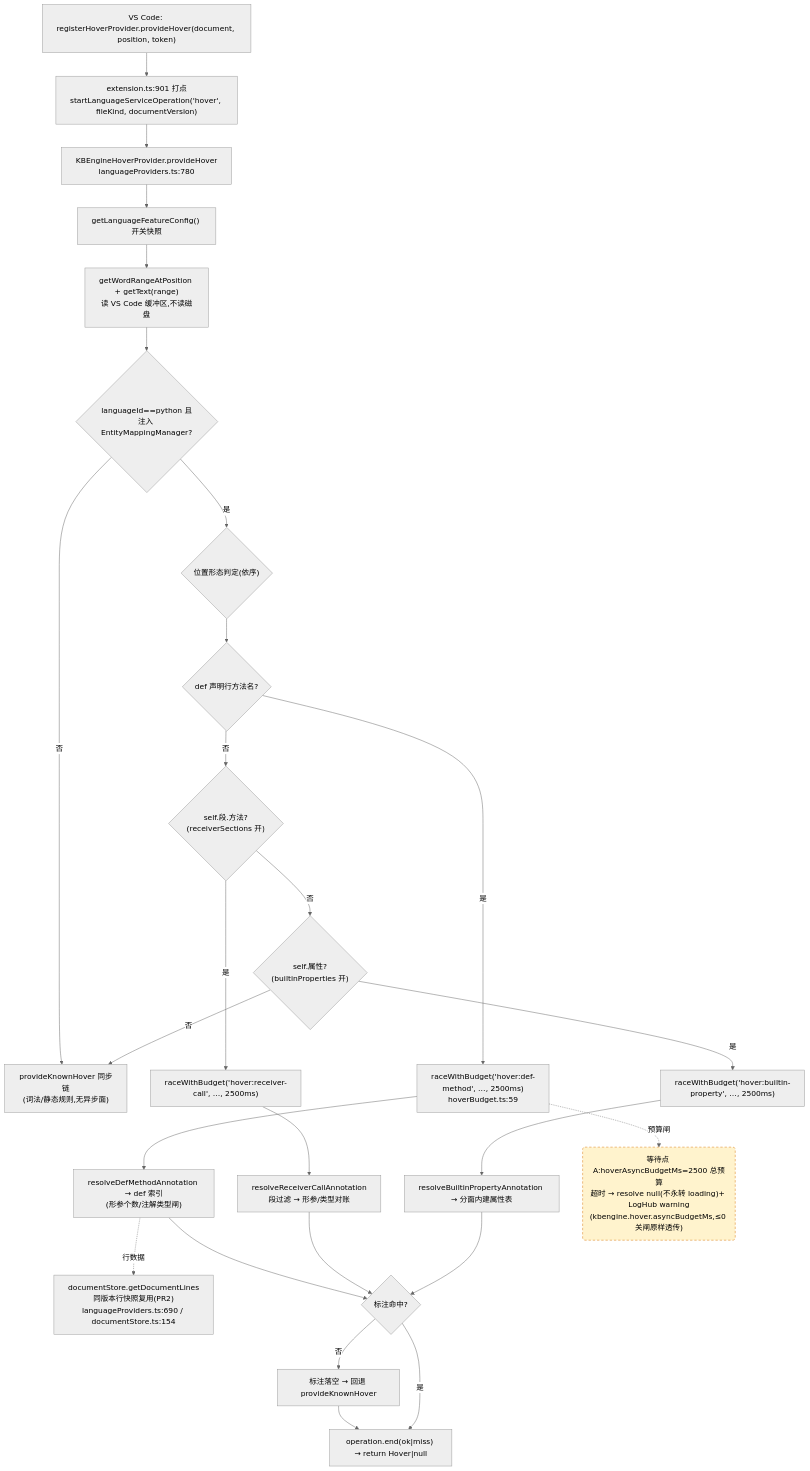
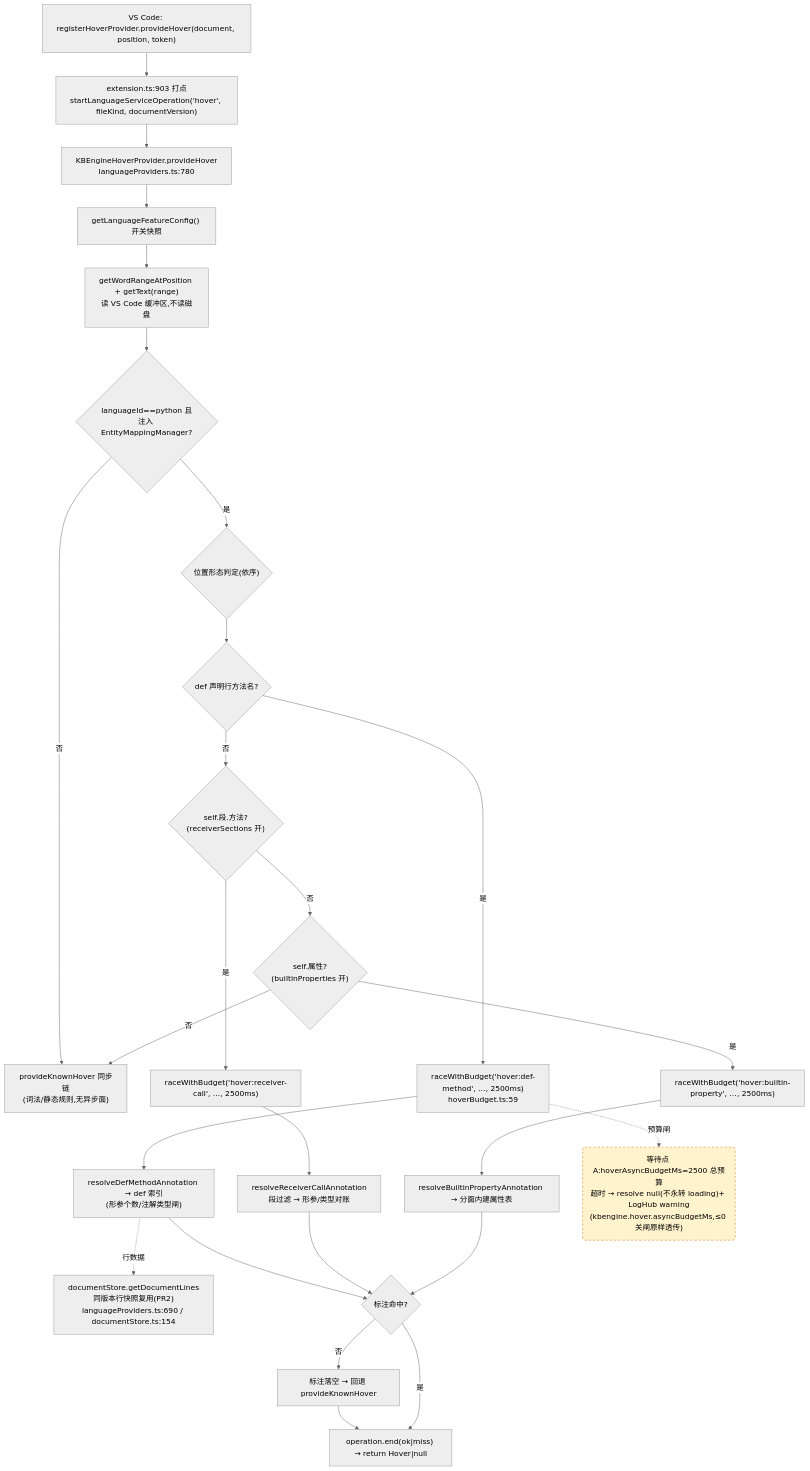
The first of 4 diagrams in docs/perf/2026-baseline.md (cuihairu/kode), drawn with Mermaid (neutral theme) before and after one commit. The commit also changed other lines of this file and 17 other files, not shown here.

````diff
--- a/docs/perf/2026-baseline.md
+++ b/docs/perf/2026-baseline.md
@@ -82,45 +82,45 @@
 ```mermaid
 flowchart TD
   VC1["VS Code: registerHoverProvider.provideHover(document, position, token)"]
-  M1["extension.ts:901 打点<br/>startLanguageServiceOperation('hover', fileKind, documentVersion)"]
+  M1["extension.ts:903 打点<br/>startLanguageServiceOperation('hover', fileKind, documentVersion)"]
   HP["KBEngineHoverProvider.provideHover<br/>languageProviders.ts:780"]
   CFG["getLanguageFeatureConfig() 开关快照"]
   WORD["getWordRangeAtPosition + getText(range)<br/>读 VS Code 缓冲区,不读磁盘"]
   BR{"languageId==python 且<br/>注入 EntityMappingManager?"}
   KN["provideKnownHover 同步链<br/>(词法/静态规则,无异步面)"]
   POS{"位置形态判定(依序)"}
   D1{"def 声明行方法名?"}
   D2{"self.段.方法?<br/>(receiverSections 开)"}
   D3{"self.属性?<br/>(builtinProperties 开)"}
   RA1["raceWithBudget('hover:def-method', …, 2500ms)<br/>hoverBudget.ts:59"]
   RA2["raceWithBudget('hover:receiver-call', …, 2500ms)"]
   RA3["raceWithBudget('hover:builtin-property', …, 2500ms)"]
   RS1["resolveDefMethodAnnotation → def 索引<br/>(形参个数/注解类型闸)"]
   RS2["resolveReceiverCallAnnotation<br/>段过滤 → 形参/类型对账"]
   RS3["resolveBuiltinPropertyAnnotation → 分面内建属性表"]
   LINES["documentStore.getDocumentLines<br/>同版本行快照复用(PR2)<br/>languageProviders.ts:690 / documentStore.ts:154"]
   MISS["标注落空 → 回退 provideKnownHover"]
   END1["operation.end(ok|miss) → return Hover|null"]
 
   VC1 --> M1 --> HP --> CFG --> WORD --> BR
   BR -- "否" --> KN
   BR -- "是" --> POS --> D1
   D1 -- "是" --> RA1 --> RS1
   D1 -- "否" --> D2
   D2 -- "是" --> RA2 --> RS2
   D2 -- "否" --> D3
   D3 -- "是" --> RA3 --> RS3
   D3 -- "否" --> KN
   RS1 --> HIT{"标注命中?"}
   RS2 --> HIT
   RS3 --> HIT
   RS1 -.->|行数据| LINES
   HIT -- "否" --> MISS --> END1
   HIT -- "是" --> END1
 
   WAITA("等待点 A:hoverAsyncBudgetMs=2500 总预算<br/>超时 → resolve null(不永转 loading)+ LogHub warning<br/>(kbengine.hover.asyncBudgetMs,≤0 关闸原样透传)")
   RA1 -.->|预算闸| WAITA
 
   classDef waitPoint fill:#fff3cd,stroke:#d97706,stroke-dasharray:5 4;
   class WAITA waitPoint;
 ```
````
